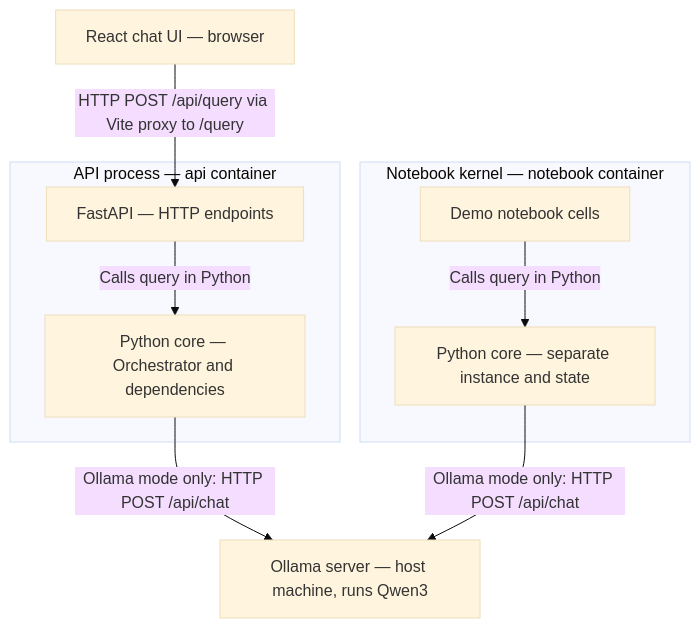
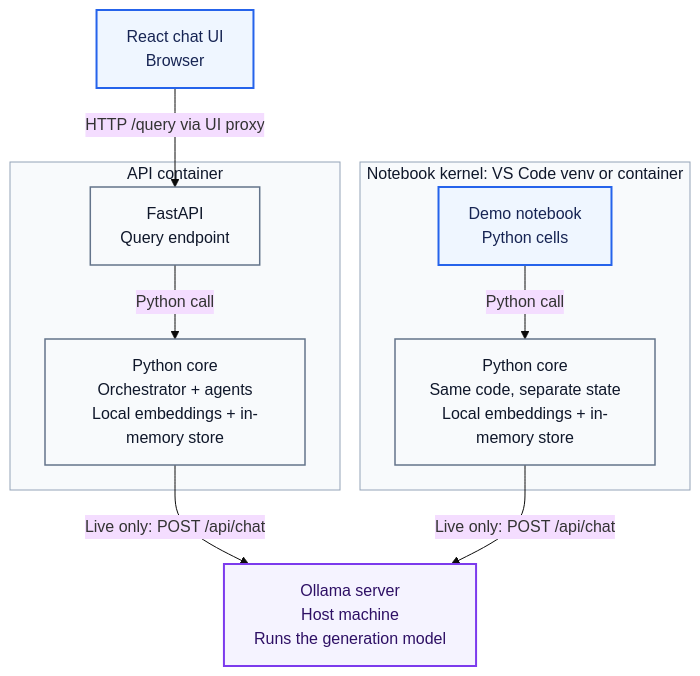
One commit to llluchko/multi-agent-rag-assessment changed the first of 2 diagrams in docs/architecture.md. Above: the diagram before and after it, drawn with Mermaid (base theme). The commit also changed other lines of this file and 1 other file, not shown here.

Commit message:
docs: clarify architecture flows and simplify system design

````diff
--- a/docs/architecture.md
+++ b/docs/architecture.md
@@ -13,22 +13,31 @@
 ```mermaid
 flowchart TB
-    UI["React chat UI — browser"]
+    UI["React chat UI<br/>Browser"]
 
-    subgraph API_PROCESS["API process — api container"]
-        API["FastAPI — HTTP endpoints"]
-        API_CORE["Python core — Orchestrator and dependencies"]
-        API -->|"Calls query in Python"| API_CORE
+    subgraph API_PROCESS["API container"]
+        API["FastAPI<br/>Query endpoint"]
+        API_CORE["Python core<br/>Orchestrator + agents<br/>Local embeddings + in-memory store"]
+        API -->|"Python call"| API_CORE
     end
 
-    subgraph NOTEBOOK_PROCESS["Notebook kernel — notebook container"]
-        CELLS["Demo notebook cells"]
-        NB_CORE["Python core — separate instance and state"]
-        CELLS -->|"Calls query in Python"| NB_CORE
+    subgraph NOTEBOOK_PROCESS["Notebook kernel: VS Code venv or container"]
+        CELLS["Demo notebook<br/>Python cells"]
+        NB_CORE["Python core<br/>Same code, separate state<br/>Local embeddings + in-memory store"]
+        CELLS -->|"Python call"| NB_CORE
     end
 
-    OLLAMA["Ollama server — host machine, runs Qwen3"]
+    OLLAMA["Ollama server<br/>Host machine<br/>Runs the generation model"]
 
-    UI -->|"HTTP POST /api/query via Vite proxy to /query"| API
-    API_CORE -->|"Ollama mode only: HTTP POST /api/chat"| OLLAMA
-    NB_CORE -->|"Ollama mode only: HTTP POST /api/chat"| OLLAMA
+    UI -->|"HTTP /query via UI proxy"| API
+    API_CORE -->|"Live only: POST /api/chat"| OLLAMA
+    NB_CORE -->|"Live only: POST /api/chat"| OLLAMA
+
+    classDef interface fill:#eff6ff,stroke:#2563eb,color:#172554,stroke-width:2px
+    classDef core fill:#f8fafc,stroke:#64748b,color:#0f172a,stroke-width:1.5px
+    classDef model fill:#f5f3ff,stroke:#7c3aed,color:#2e1065,stroke-width:2px
+    class UI,CELLS interface
+    class API,API_CORE,NB_CORE core
+    class OLLAMA model
+    style API_PROCESS fill:#f8fafc,stroke:#94a3b8,color:#0f172a
+    style NOTEBOOK_PROCESS fill:#f8fafc,stroke:#94a3b8,color:#0f172a
 ```
````
